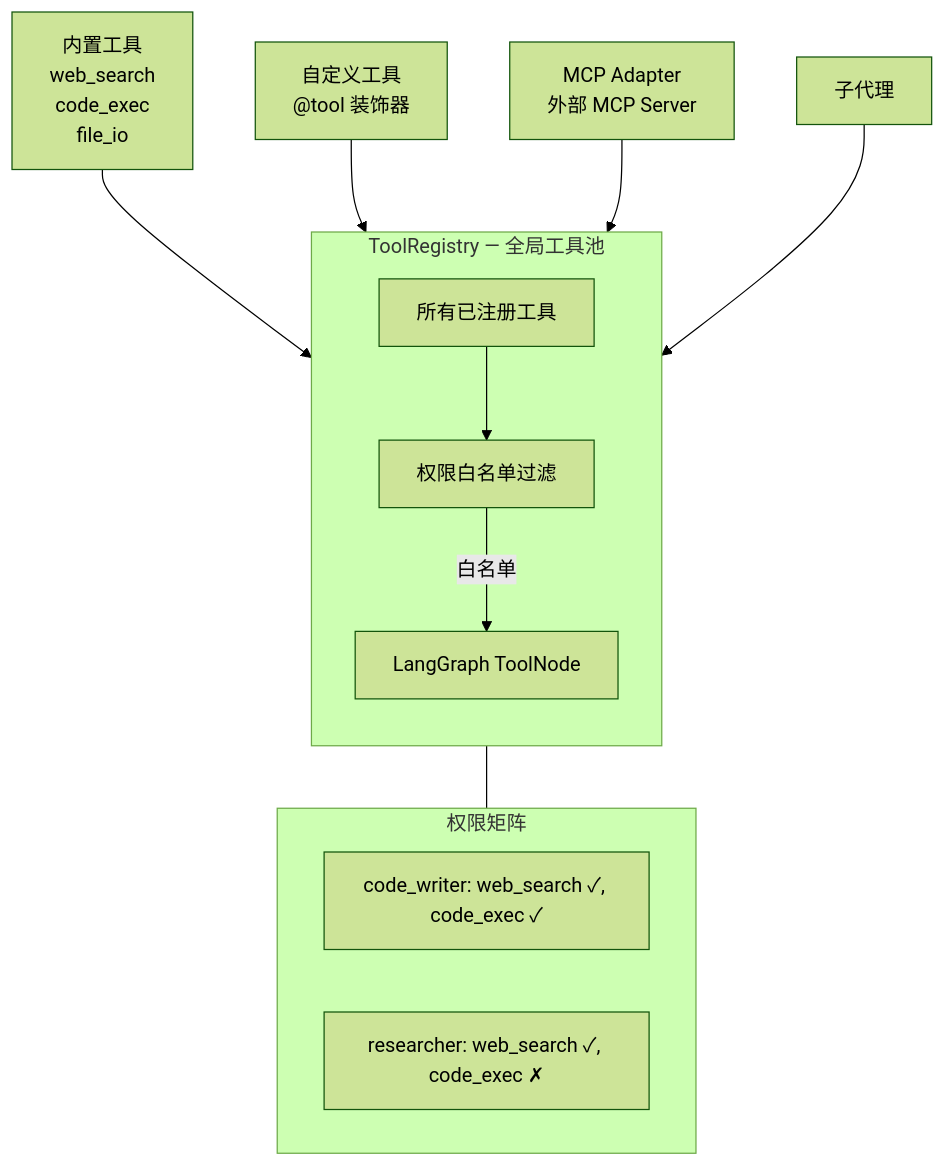
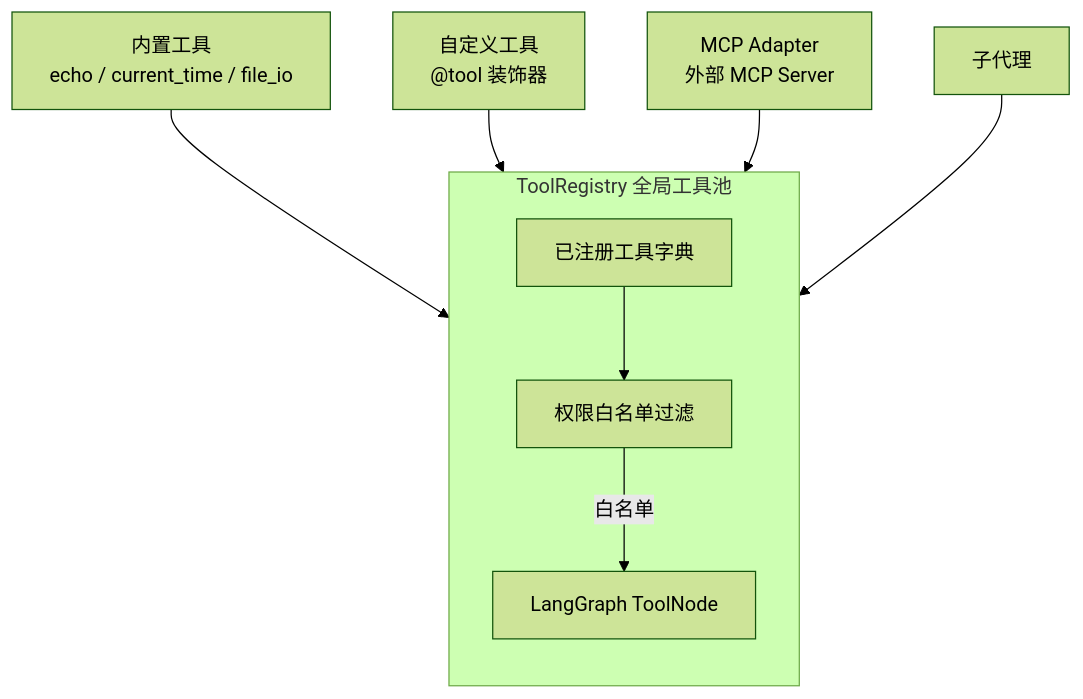
The first of 3 diagrams in doc/modules/tools.md (heelynn/artipivot), drawn with Mermaid (forest theme) before and after one commit. The commit also changed other lines of this file and 64 other files, not shown here.

````diff
--- a/doc/modules/tools.md
+++ b/doc/modules/tools.md
@@ -5,25 +5,18 @@
 ```mermaid
 flowchart TD
-    subgraph ToolRegistry["ToolRegistry — 全局工具池"]
+    subgraph ToolRegistry["ToolRegistry 全局工具池"]
         direction TB
-        AllTools["所有已注册工具"]
+        AllTools["已注册工具字典"]
         PermFilter["权限白名单过滤"]
         ToolNode["LangGraph ToolNode"]
     end
 
-    Builtin["内置工具<br/>web_search<br/>code_exec<br/>file_io"] --> AllTools
+    Builtin["内置工具<br/>echo / current_time / file_io"] --> AllTools
     Custom["自定义工具<br/>@tool 装饰器"] --> AllTools
     MCP["MCP Adapter<br/>外部 MCP Server"] --> AllTools
 
     AllTools --> PermFilter
-    PermFilter --> |"白名单"| ToolNode
+    PermFilter -->|"白名单"| ToolNode
 
     SubAgent["子代理"] --> ToolNode
-
-    subgraph Permission["权限矩阵"]
-        CW["code_writer: web_search ✓, code_exec ✓"]
-        RS["researcher: web_search ✓, code_exec ✗"]
-    end
-
-    PermFilter --- Permission
 ```
````
